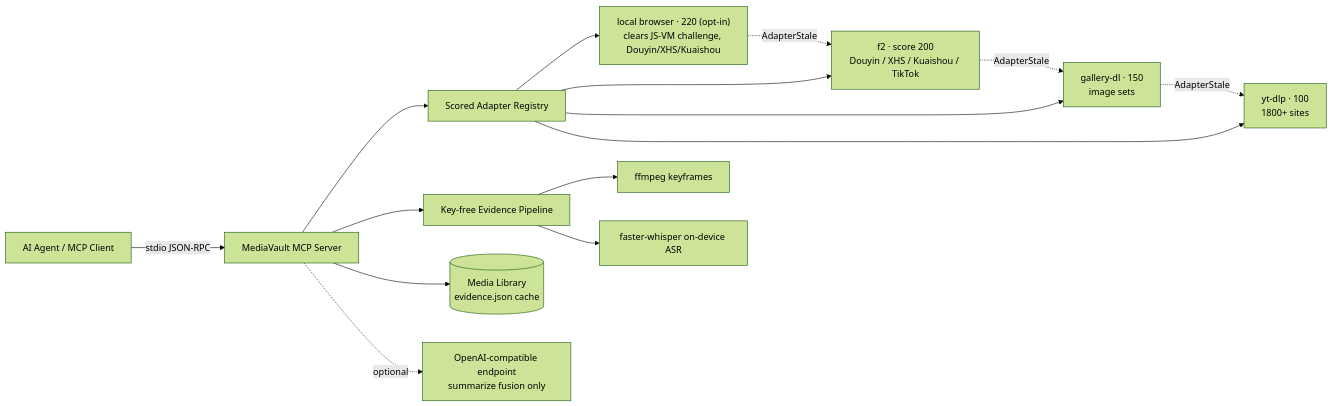
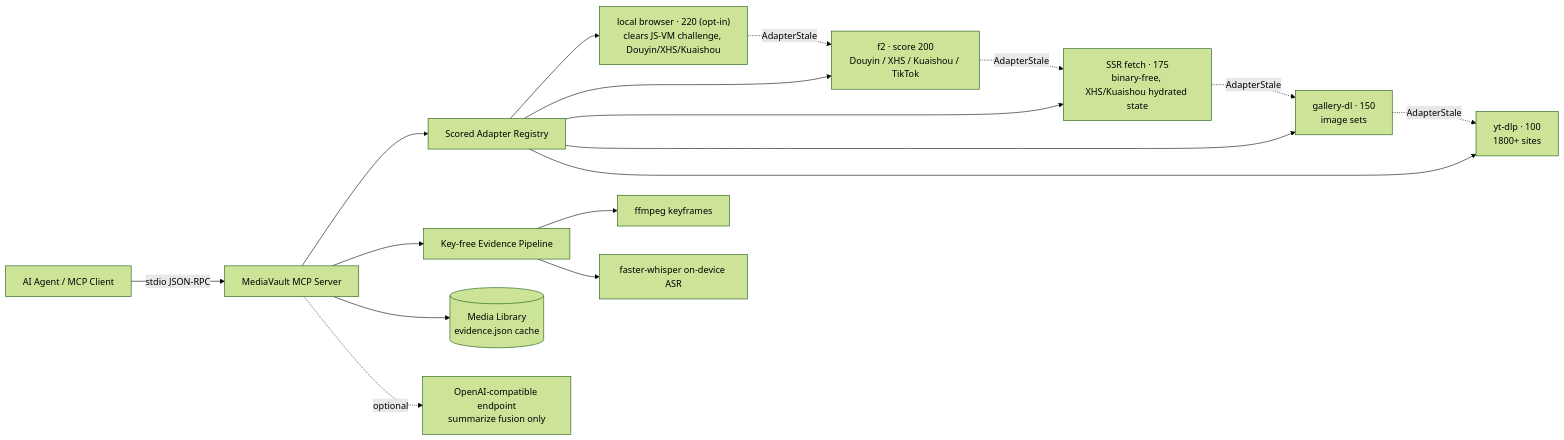
One commit to Majiturbo/mediavault-mcp changed the diagram in README.md. Above: the diagram before and after it, drawn with Mermaid (forest theme). The commit also changed other lines of this file and 12 other files, not shown here.

First line of the commit message:
feat(adapter): binary-free SSR path for Xiaohongshu/Kuaishou state

````diff
--- a/README.md
+++ b/README.md
@@ -35,16 +35,17 @@
 ```mermaid
 flowchart LR
     A[AI Agent / MCP Client] -->|stdio JSON-RPC| B[MediaVault MCP Server]
     B --> C[Scored Adapter Registry]
     C --> D0["local browser · 220 (opt-in)<br/>clears JS-VM challenge, Douyin/XHS/Kuaishou"]
     C --> D1["f2 · score 200<br/>Douyin / XHS / Kuaishou / TikTok"]
+    C --> D1b["SSR fetch · 175<br/>binary-free, XHS/Kuaishou hydrated state"]
     C --> D2["gallery-dl · 150<br/>image sets"]
     C --> D3["yt-dlp · 100<br/>1800+ sites"]
     D0 -. AdapterStale .-> D1
-    D1 -. AdapterStale .-> D2 -. AdapterStale .-> D3
+    D1 -. AdapterStale .-> D1b -. AdapterStale .-> D2 -. AdapterStale .-> D3
     B --> E[Key-free Evidence Pipeline]
     E --> Gf[ffmpeg keyframes]
     E --> Gw[faster-whisper on-device ASR]
     B --> H[("Media Library<br/>evidence.json cache")]
     B -. optional .-> I[OpenAI-compatible endpoint<br/>summarize fusion only]
 ```
````
